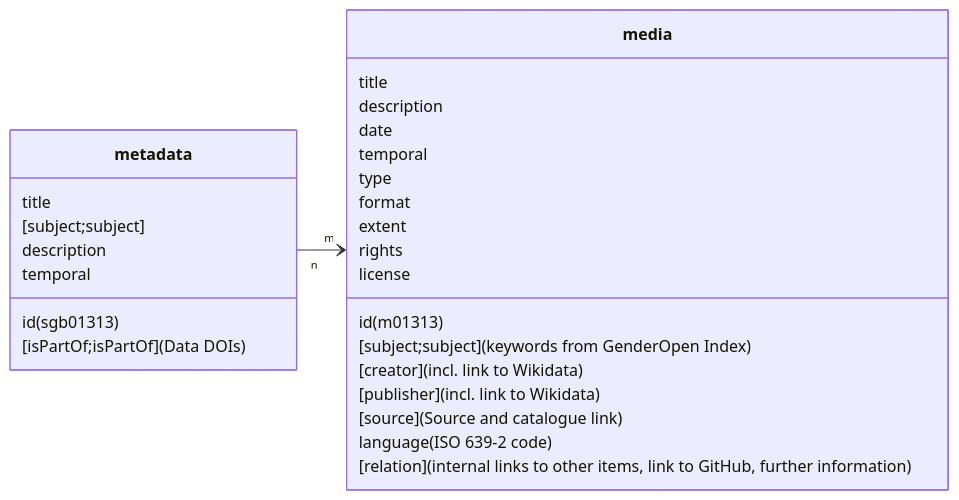
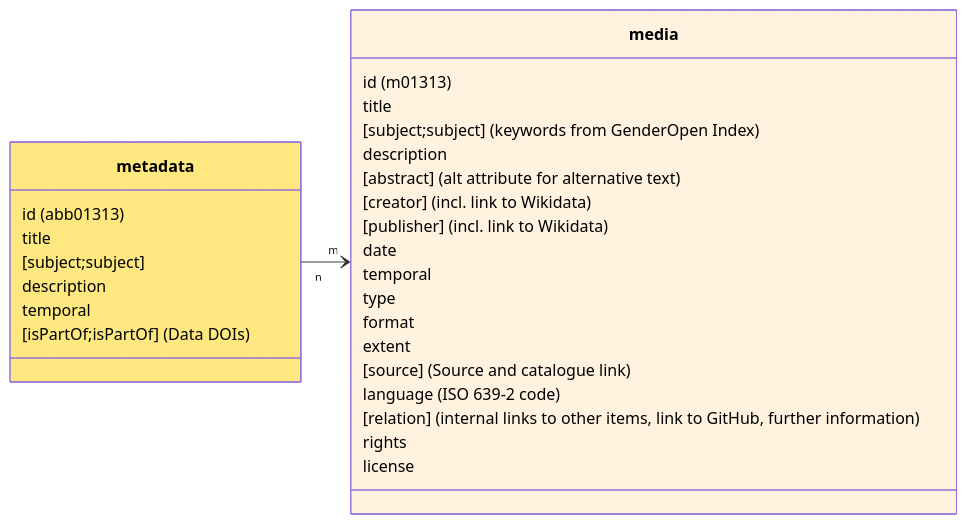
One commit to mtwente/stadt-geschichte-basel.github.io changed the diagram in products/coding/plattform/index.qmd. Above: the diagram before and after it, drawn with Mermaid. The commit also changed other lines of this file and 1 other file, not shown here.

First line of the commit message:
dcterms:abstract Metadata Field (#50)

````diff
--- a/products/coding/plattform/index.qmd
+++ b/products/coding/plattform/index.qmd
@@ -43,31 +43,35 @@
 ```{mermaid}
 classDiagram
 direction LR
     class metadata {
-        id (sgb01313)
+        id &lpar;abb01313&rpar;
         title
         [subject;subject]
         description
         temporal
-        [isPartOf;isPartOf] (Data DOIs)
+        [isPartOf;isPartOf] &lpar;Data DOIs&rpar;
     }
     class media {
-        id (m01313)
+        id &lpar;m01313&rpar;
         title
-        [subject;subject] (keywords from GenderOpen Index)
+        [subject;subject] &lpar;keywords from GenderOpen Index&rpar;
         description
-        [creator] (incl. link to Wikidata)
-        [publisher] (incl. link to Wikidata)
+        [abstract] &lpar;alt attribute for alternative text&rpar;
+        [creator] &lpar;incl. link to Wikidata&rpar;
+        [publisher] &lpar;incl. link to Wikidata&rpar;
         date
         temporal
         type
         format
         extent
-        [source] (Source and catalogue link)
-        language (ISO 639-2 code)
-        [relation] (internal links to other items, link to GitHub, further information)
+        [source] &lpar;Source and catalogue link&rpar;
+        language &lpar;ISO 639-2 code&rpar;
+        [relation] &lpar;internal links to other items, link to GitHub, further information&rpar;
         rights
         license
     }
     metadata "n" --> "m" media
+
+    style metadata fill:#ffe880,color:#000
+    style media fill:#fff3e0,color:#000
 ```
````
